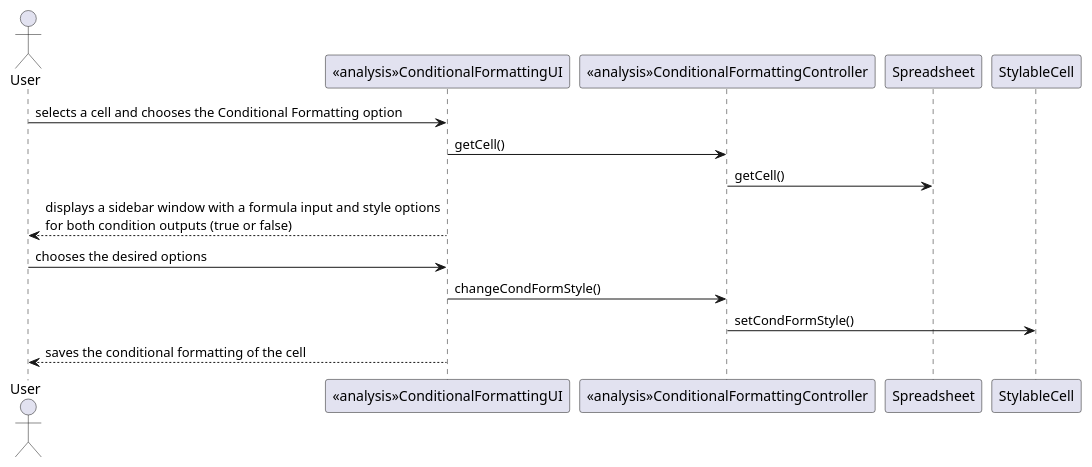
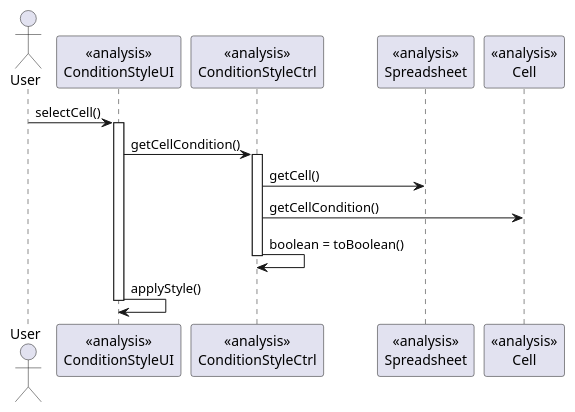
Before and after one commit to MikeTekOn/lapr4-2017-2dd: the diagram in src/main/java/lapr4/blue/s1/lang/n1151031/formulastools/lang03_1_analysis_basic_sd.puml, drawn with PlantUML. The commit also changed other lines of this file and 3 other files, not shown here.

```diff
--- a/src/main/java/lapr4/blue/s1/lang/n1151031/formulastools/lang03_1_analysis_basic_sd.puml
+++ b/src/main/java/lapr4/blue/s1/lang/n1151031/formulastools/lang03_1_analysis_basic_sd.puml
@@ -1,18 +1,21 @@
 @startuml lang03_1_analysis_basic_sd.png
 skinparam packageStyle rect
 skinparam defaultFontName FG Virgil
 skinparam shadowing false
 
-actor User 
-participant "<<analysis>>ConditionalFormattingUI" as UI
-participant "<<analysis>>ConditionalFormattingController" as Controller
-User -> UI : selects a cell and chooses the Conditional Formatting option
-UI -> Controller : getCell()
-Controller -> Spreadsheet : getCell()
-UI --> User : displays a sidebar window with a formula input and style options\nfor both condition outputs (true or false) 
-User -> UI : chooses the desired options
-UI -> Controller : changeCondFormStyle()
-Controller -> StylableCell : setCondFormStyle()
-UI --> User : saves the conditional formatting of the cell
-
-@enduml
+  actor User 
+  participant "<<analysis>>\nConditionStyleUI" as UI
+  participant "<<analysis>>\nConditionStyleCtrl" as ctrl
+  participant "<<analysis>>\nSpreadsheet" as sheet
+  participant "<<analysis>>\nCell" as cell
+  User -> UI : selectCell()
+  activate UI 
+  UI -> ctrl : getCellCondition()
+  activate ctrl
+  ctrl -> sheet : getCell()
+  ctrl -> cell : getCellCondition()
+  ctrl -> ctrl : boolean = toBoolean()
+  deactivate ctrl
+  UI -> UI : applyStyle()
+  deactivate UI
+  @enduml
```
